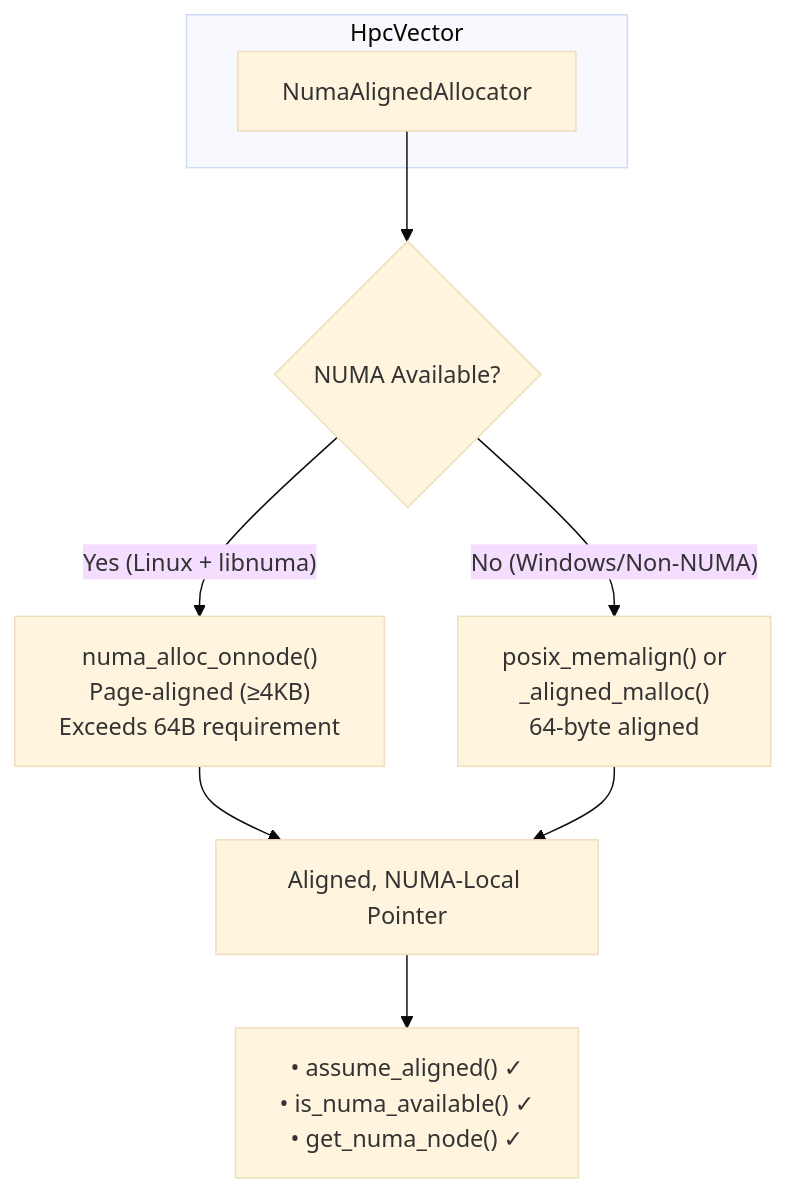
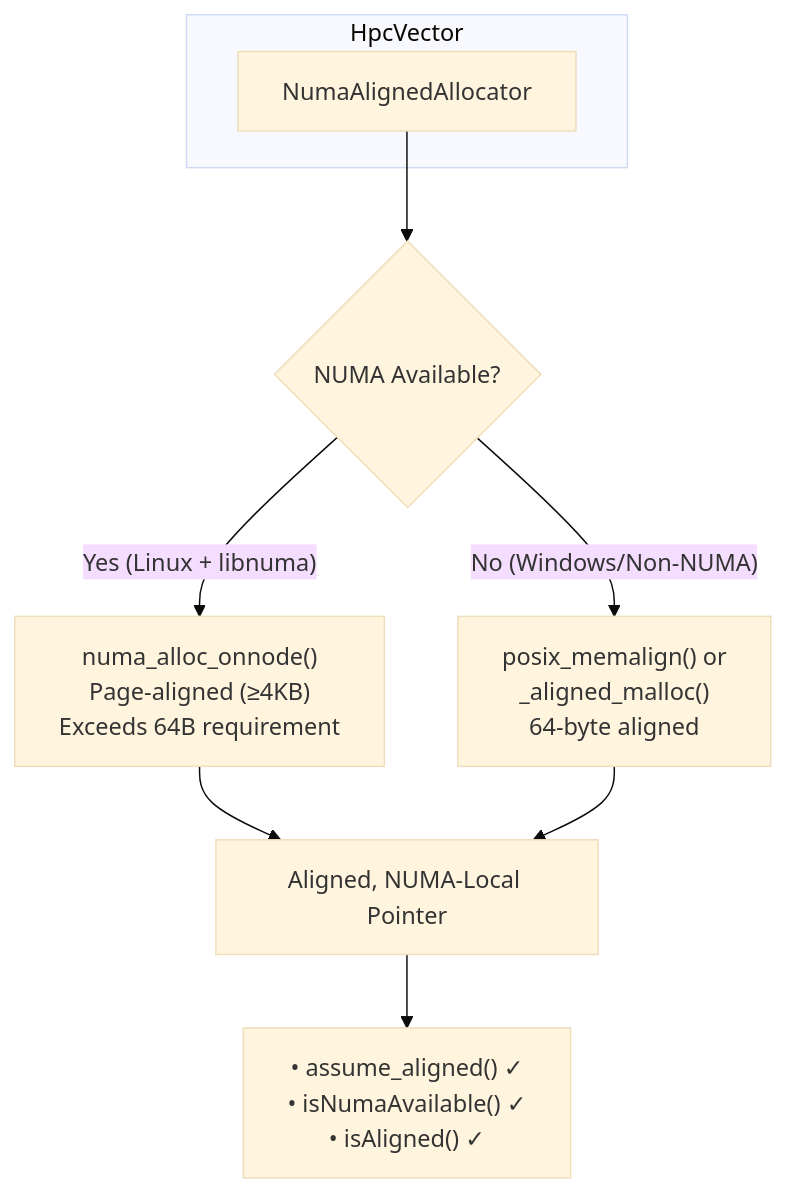
The diagram in components/HpcVector/docs/Overview - HpcVector.md (schroedermatthew/FatP), drawn with Mermaid (base theme) before and after one commit. The commit also changed other lines of this file and 103 other files, not shown here.

````diff
--- a/components/HpcVector/docs/Overview - HpcVector.md
+++ b/components/HpcVector/docs/Overview - HpcVector.md
@@ -99,16 +99,16 @@
 ```mermaid
 flowchart TB
     subgraph HpcVector["HpcVector<T, 64, Policy>"]
         alloc["NumaAlignedAllocator<T, 64, Policy>"]
     end
     
     alloc --> check{NUMA Available?}
     
     check -->|"Yes (Linux + libnuma)"| numa["numa_alloc_onnode()<br/>Page-aligned (≥4KB)<br/>Exceeds 64B requirement"]
     check -->|"No (Windows/Non-NUMA)"| aligned["posix_memalign() or<br/>_aligned_malloc()<br/>64-byte aligned"]
     
     numa --> ptr["Aligned, NUMA-Local Pointer"]
     aligned --> ptr
     
-    ptr --> features["• assume_aligned() ✓<br/>• is_numa_available() ✓<br/>• get_numa_node() ✓"]
+    ptr --> features["• assume_aligned() ✓<br/>• isNumaAvailable() ✓<br/>• isAligned() ✓"]
 ```
````
